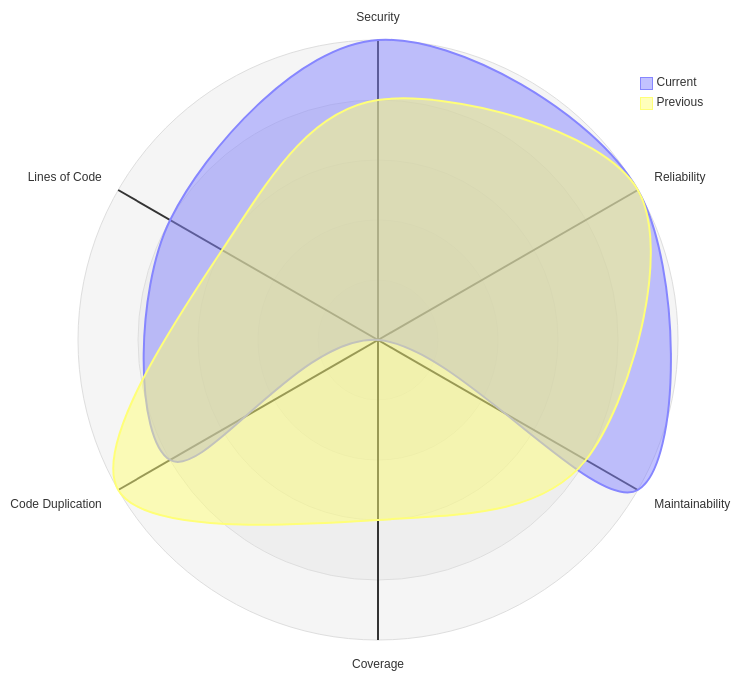
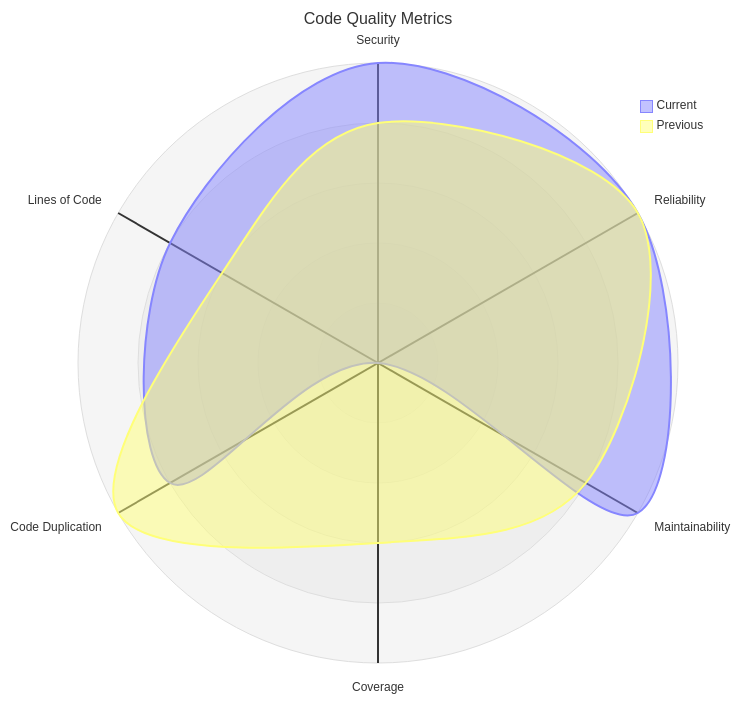
Before and after one commit to merlinbecker/CodexMiroir: the diagram in grimoires/grimoire-sonarcloud-quality-radar.md, drawn with Mermaid. The commit also changed other lines of this file, not shown here.

````diff
--- a/grimoires/grimoire-sonarcloud-quality-radar.md
+++ b/grimoires/grimoire-sonarcloud-quality-radar.md
@@ -51,9 +62,12 @@
 ```mermaid
+---
+title: "Code Quality Metrics"
+---
 radar-beta
   axis s["Security"], r["Reliability"], m["Maintainability"]
   axis c["Coverage"], d["Code Duplication"], l["Lines of Code"]
   curve current["Current"]{5, 5, 5, 0, 4, 4}
   curve previous["Previous"]{4, 5, 4, 3, 5, 3}
   max 5
   min 0
 ```
````
